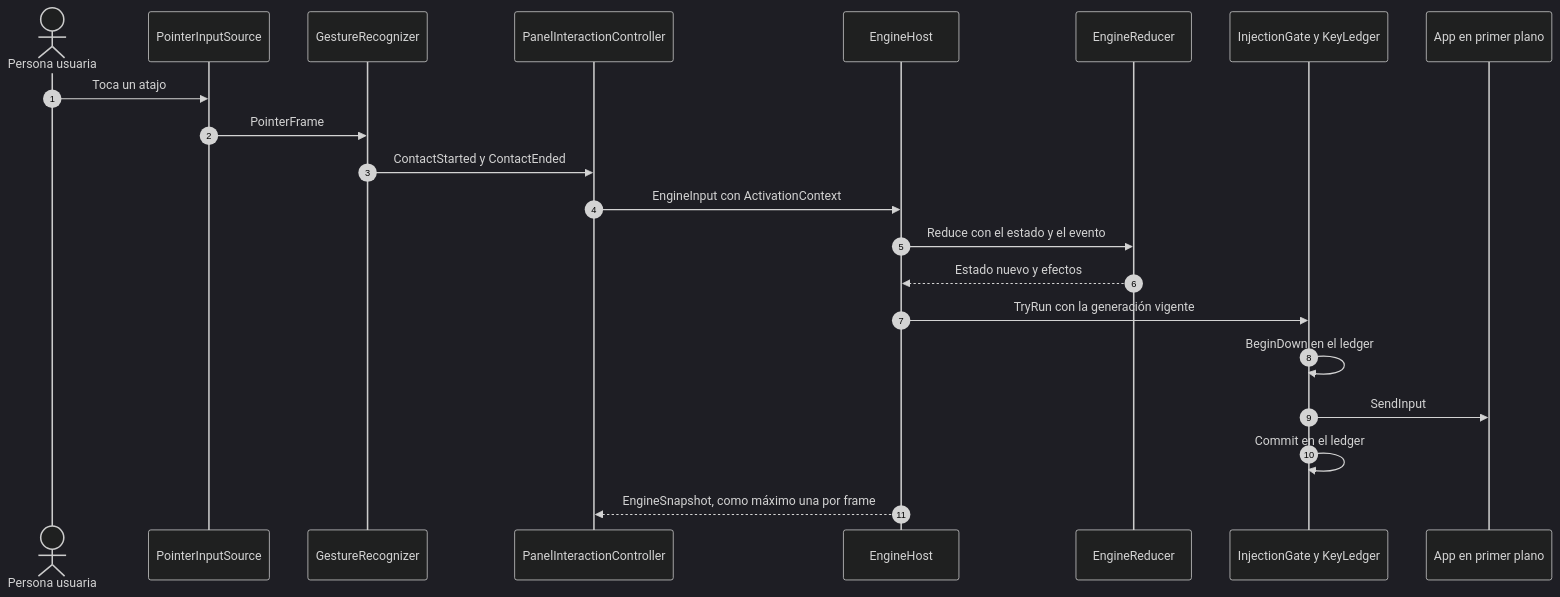
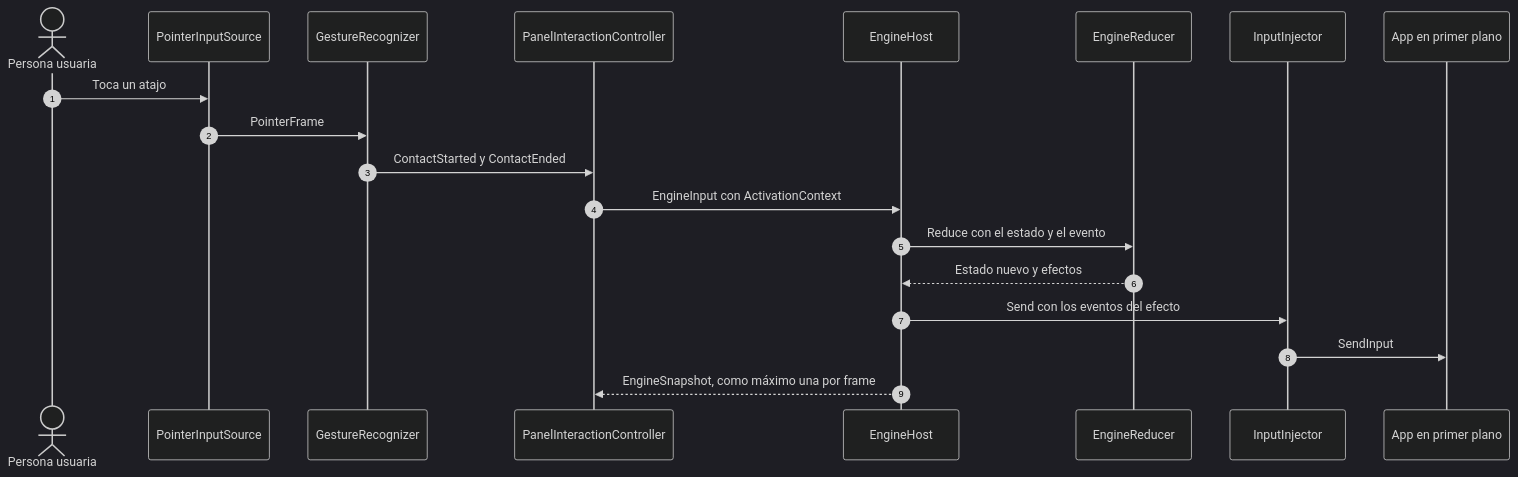
Before and after one commit to Michael-Coaguila/clicalo: the fifth of 6 diagrams in docs/architecture/overview.md, drawn with Mermaid (dark theme). The commit also changed other lines of this file and 835 other files, not shown here.

````diff
--- a/docs/architecture/overview.md
+++ b/docs/architecture/overview.md
@@ -261,23 +261,21 @@
 ```mermaid
 sequenceDiagram
   autonumber
   actor U as Persona usuaria
   participant PIS as PointerInputSource
   participant GR as GestureRecognizer
   participant PIC as PanelInteractionController
   participant EH as EngineHost
   participant ER as EngineReducer
-  participant IG as InjectionGate y KeyLedger
+  participant IG as InputInjector
   participant FG as App en primer plano
   U->>PIS: Toca un atajo
   PIS->>GR: PointerFrame
   GR->>PIC: ContactStarted y ContactEnded
   PIC->>EH: EngineInput con ActivationContext
   EH->>ER: Reduce con el estado y el evento
   ER-->>EH: Estado nuevo y efectos
-  EH->>IG: TryRun con la generación vigente
-  IG->>IG: BeginDown en el ledger
+  EH->>IG: Send con los eventos del efecto
   IG->>FG: SendInput
-  IG->>IG: Commit en el ledger
   EH-->>PIC: EngineSnapshot, como máximo una por frame
 ```
````
